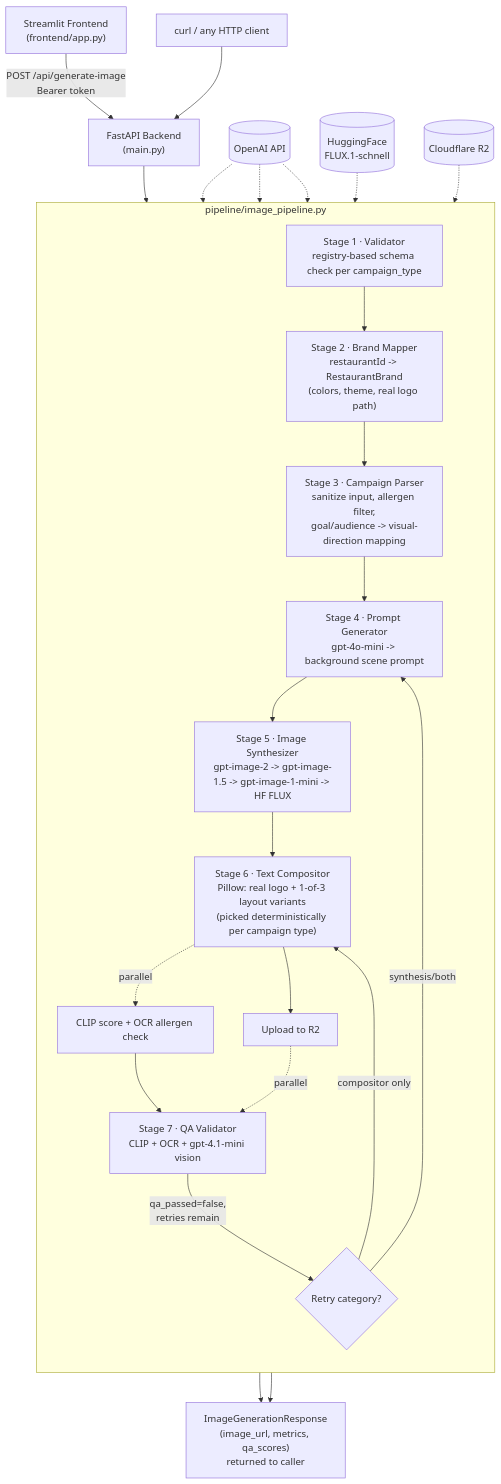
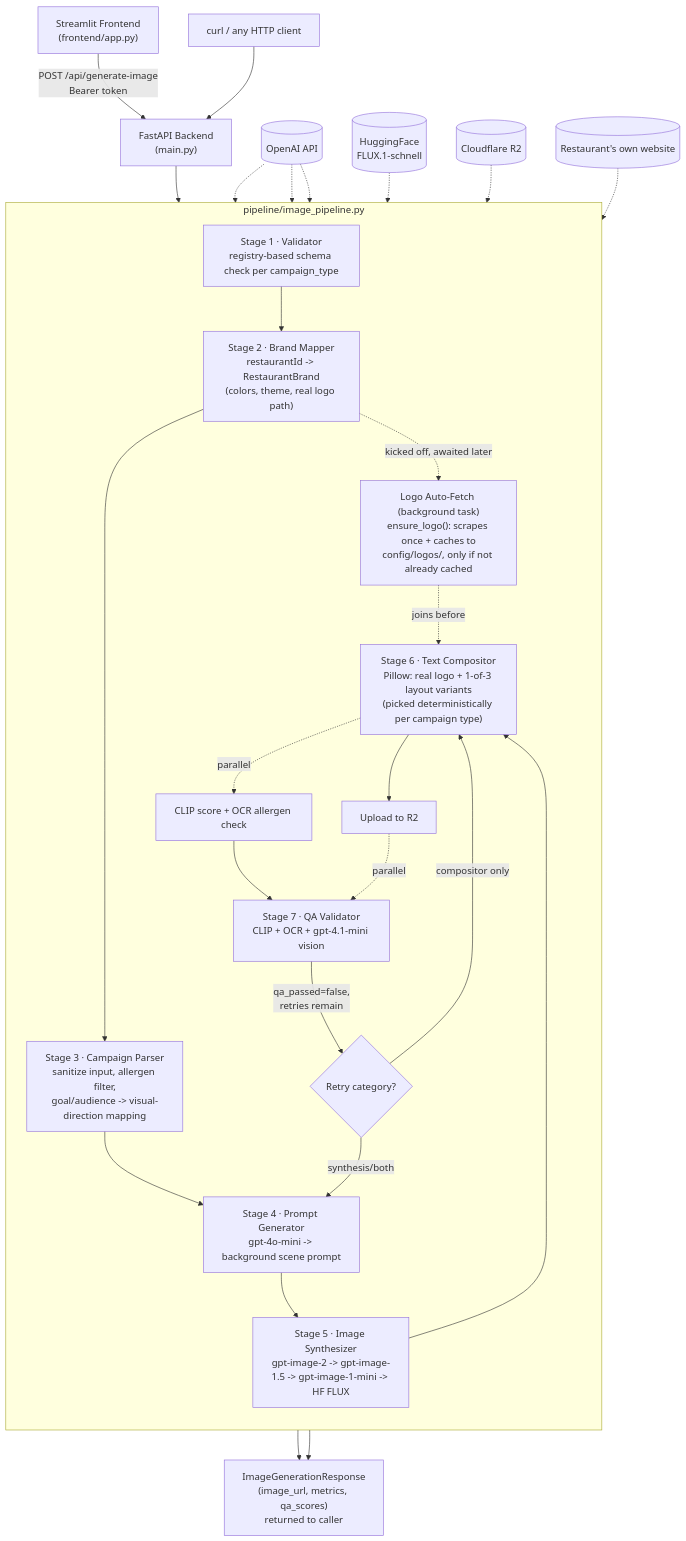
Before and after one commit to TamkeenSara874/camion-image-gen: the diagram in README.md, drawn with Mermaid. The commit also changed other lines of this file and 6 other files, not shown here.

First line of the commit message:
Auto-fetch restaurant logos in parallel instead of requiring static files

````diff
--- a/README.md
+++ b/README.md
@@ -10,35 +10,40 @@
 ```mermaid
 flowchart TD
     UI["Streamlit Frontend<br/>(frontend/app.py)"] -->|"POST /api/generate-image<br/>Bearer token"| API["FastAPI Backend<br/>(main.py)"]
     CURL["curl / any HTTP client"] --> API
 
     API --> S1
 
     subgraph PIPE["pipeline/image_pipeline.py"]
         direction TB
         S1["Stage 1 &middot; Validator<br/>registry-based schema check per campaign_type"]
         S2["Stage 2 &middot; Brand Mapper<br/>restaurantId -> RestaurantBrand<br/>(colors, theme, real logo path)"]
+        LOGO["Logo Auto-Fetch (background task)<br/>ensure_logo(): scrapes once + caches to<br/>config/logos/, only if not already cached"]
         S3["Stage 3 &middot; Campaign Parser<br/>sanitize input, allergen filter,<br/>goal/audience -> visual-direction mapping"]
         S4["Stage 4 &middot; Prompt Generator<br/>gpt-4o-mini -> background scene prompt"]
         S5["Stage 5 &middot; Image Synthesizer<br/>gpt-image-2 -> gpt-image-1.5 -> gpt-image-1-mini -> HF FLUX"]
         S6["Stage 6 &middot; Text Compositor<br/>Pillow: real logo + 1-of-3 layout variants<br/>(picked deterministically per campaign type)"]
         S7["Stage 7 &middot; QA Validator<br/>CLIP + OCR + gpt-4.1-mini vision"]
-        S1 --> S2 --> S3 --> S4 --> S5 --> S6
+        S1 --> S2
+        S2 -.kicked off, awaited later.-> LOGO
+        S2 --> S3 --> S4 --> S5 --> S6
+        LOGO -.joins before.-> S6
         S6 -.parallel.-> CLIPOCR["CLIP score + OCR allergen check"]
         CLIPOCR --> S7
         S6 --> R2U["Upload to R2"]
         R2U -.parallel.-> S7
         S7 -->|"qa_passed=false,<br/>retries remain"| RETRY{"Retry category?"}
         RETRY -->|"synthesis/both"| S4
         RETRY -->|"compositor only"| S6
     end
 
     S7 --> RESP["ImageGenerationResponse<br/>(image_url, metrics, qa_scores)<br/>returned to caller"]
     R2U --> RESP
 
     OPENAI[("OpenAI API")] -.-> S4
     OPENAI -.-> S5
     OPENAI -.-> S7
     HF[("HuggingFace<br/>FLUX.1-schnell")] -.-> S5
     R2[("Cloudflare R2")] -.-> R2U
+    SITE[("Restaurant's own website")] -.-> LOGO
 ```
````
